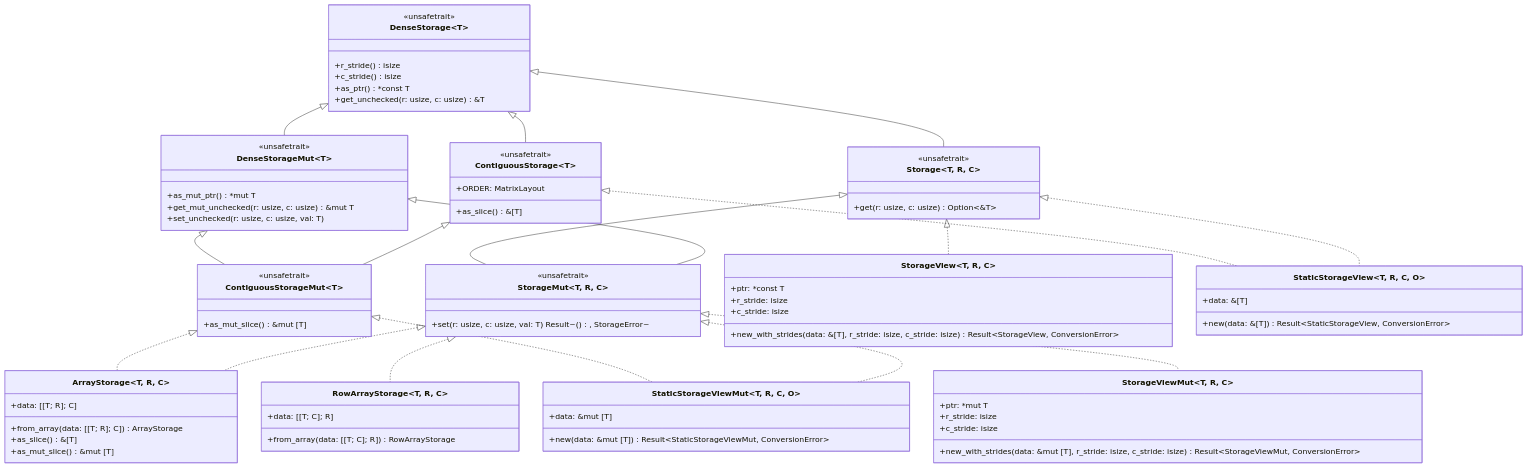
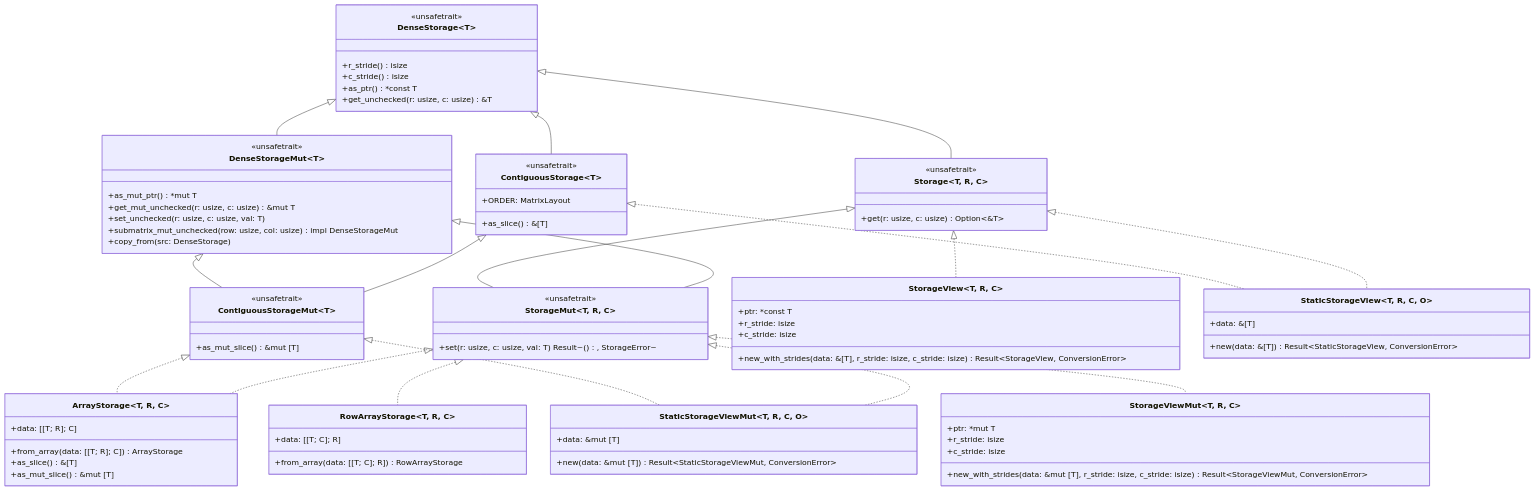
Before and after one commit to Dyse-Industries/control-rs: the first of 3 diagrams in documentation/math/storage-design.md, drawn with Mermaid. The commit also changed other lines of this file and 37 other files, not shown here.

```diff
--- a/documentation/math/storage-design.md
+++ b/documentation/math/storage-design.md
@@ -127,6 +127,8 @@
         +as_mut_ptr() *mut T
         +get_mut_unchecked(r: usize, c: usize) &mut T
         +set_unchecked(r: usize, c: usize, val: T)
+        +submatrix_mut_unchecked(row: usize, col: usize) impl DenseStorageMut
+        +copy_from(src: DenseStorage)
     }
 
     class ContiguousStorage~T~ {
```
